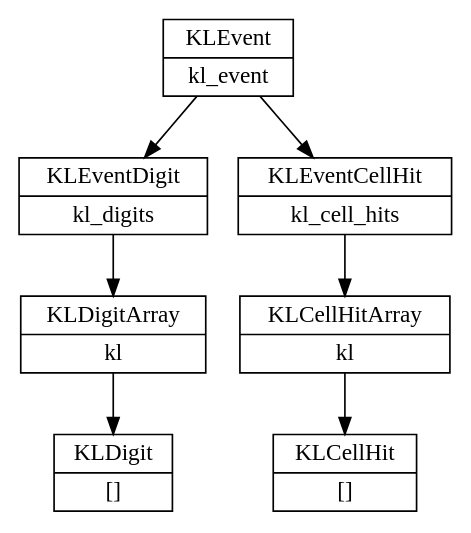
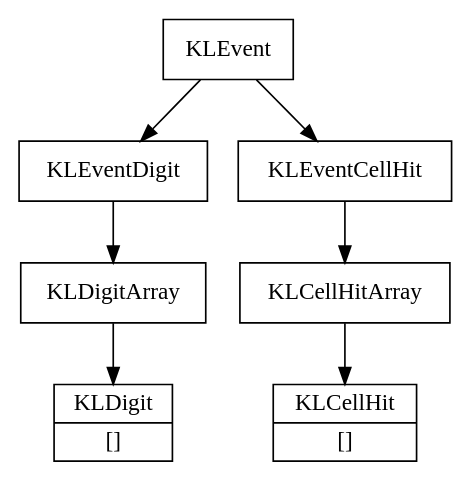
One commit to durgarajaram/maus-software-paper changed the diagram in figs/kl_datastructure.dot. Above: the diagram before and after it, drawn with Graphviz. The commit also changed 21 other files, not shown here.

```diff
--- a/figs/kl_datastructure.dot
+++ b/figs/kl_datastructure.dot
@@ -1,18 +1,18 @@
 // generate using "dot kl_datastructure.dot -Tpdf -o kl_datastructure.pdf"
 
 digraph G {
   node [shape=record];
-  kl_event [shape=record, label="{KLEvent|kl_event}"]
-      kl_event_item_kl_digits [shape=record, label="{KLEventDigit|kl_digits}"]
-        kl_event_item_kl_digits_kl [shape=record, label="{KLDigitArray|kl}"]
+  kl_event [shape=record, label="{KLEvent}"]
+      kl_event_item_kl_digits [shape=record, label="{KLEventDigit}"]
+        kl_event_item_kl_digits_kl [shape=record, label="{KLDigitArray}"]
         kl_event_item_kl_digits_kl_array_item [shape=record, label="{KLDigit|[]}"]
-      kl_event_item_kl_cell_hits [shape=record, label="{KLEventCellHit|kl_cell_hits}"]
-        kl_event_item_kl_cell_hits_kl [shape=record, label="{KLCellHitArray|kl}"]
+      kl_event_item_kl_cell_hits [shape=record, label="{KLEventCellHit}"]
+        kl_event_item_kl_cell_hits_kl [shape=record, label="{KLCellHitArray}"]
         kl_event_item_kl_cell_hits_kl_array_item [shape=record, label="{KLCellHit|[]}"]
       kl_event -> kl_event_item_kl_digits
       kl_event_item_kl_digits -> kl_event_item_kl_digits_kl
         kl_event_item_kl_digits_kl -> kl_event_item_kl_digits_kl_array_item
       kl_event -> kl_event_item_kl_cell_hits
       kl_event_item_kl_cell_hits -> kl_event_item_kl_cell_hits_kl
         kl_event_item_kl_cell_hits_kl -> kl_event_item_kl_cell_hits_kl_array_item
 }
```
